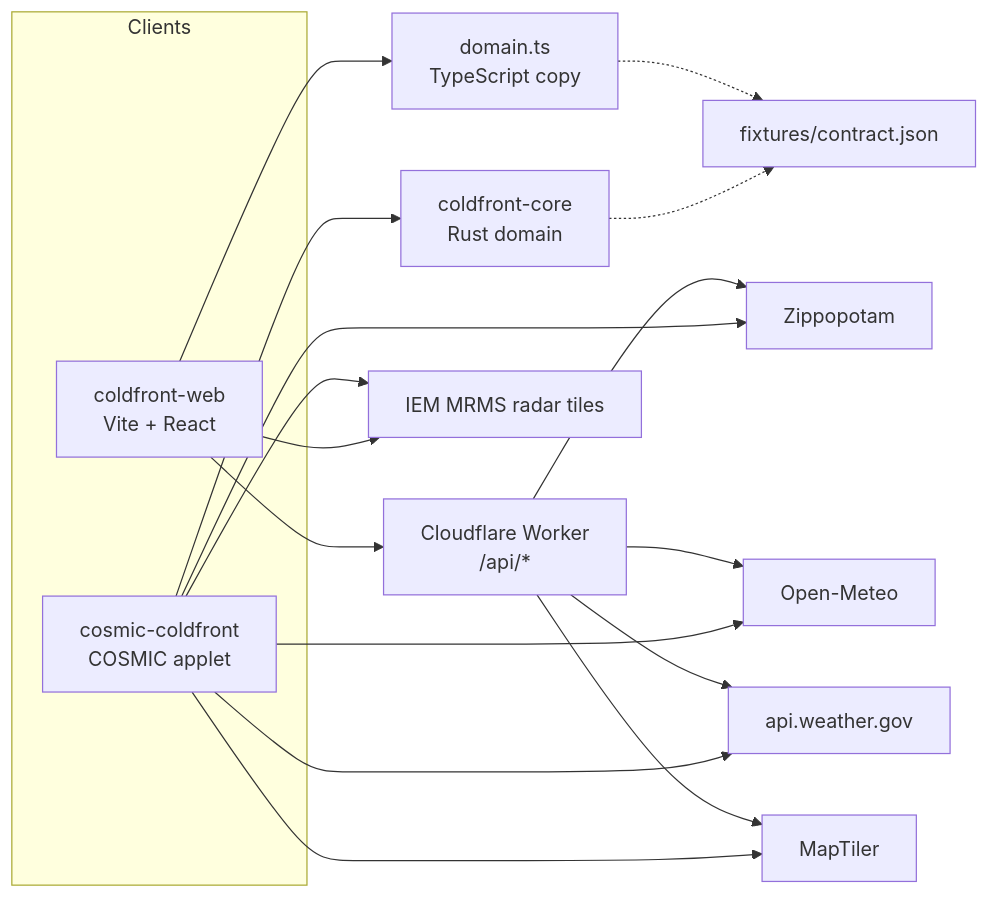
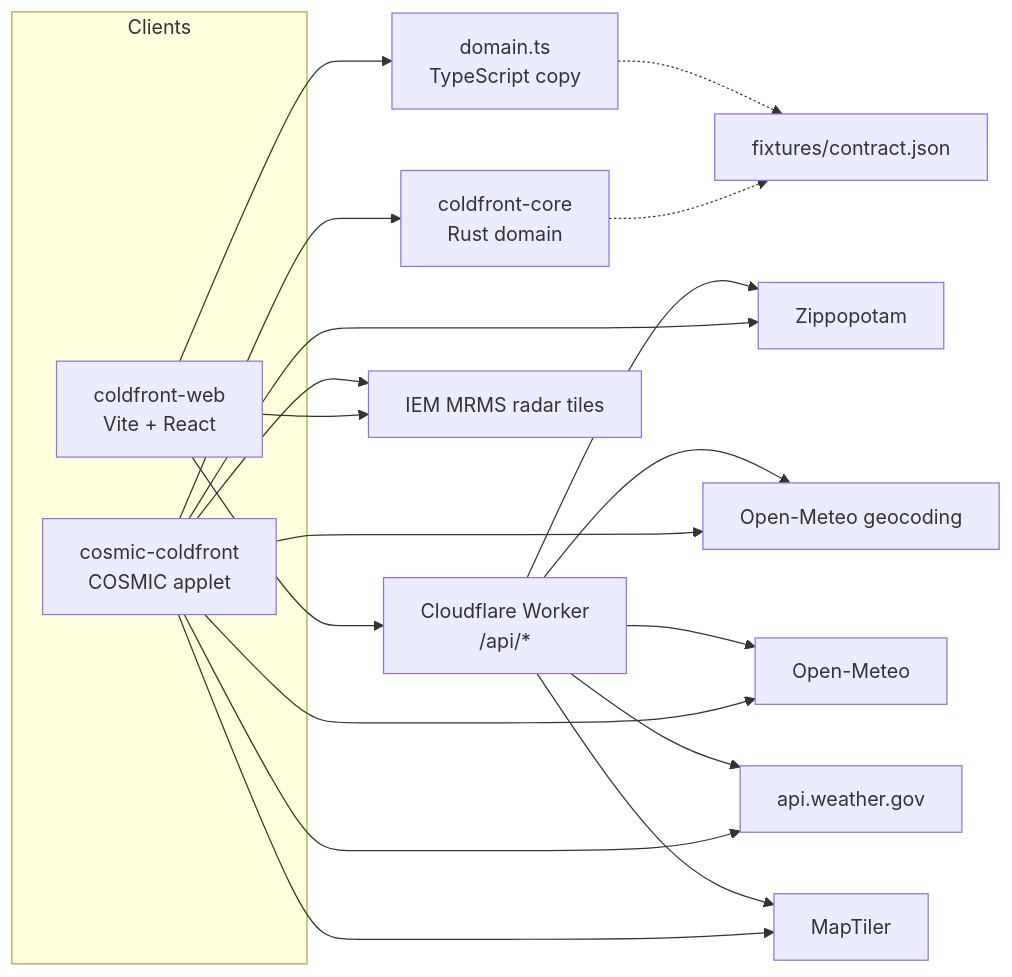
The first of 4 diagrams in docs/architecture.md (drmaas/coldfront), drawn with Mermaid before and after one commit. The commit also changed other lines of this file and 28 other files, not shown here.

````diff
--- a/docs/architecture.md
+++ b/docs/architecture.md
@@ -7,38 +7,41 @@
 ```mermaid
 flowchart LR
   subgraph clients [Clients]
     Web["coldfront-web<br/>Vite + React"]
     Applet["cosmic-coldfront<br/>COSMIC applet"]
   end
 
   Core["coldfront-core<br/>Rust domain"]
   DomainTS["domain.ts<br/>TypeScript copy"]
   Contract["fixtures/contract.json"]
 
   Worker["Cloudflare Worker<br/>/api/*"]
 
   Zip["Zippopotam"]
+  Geo["Open-Meteo geocoding"]
   OM["Open-Meteo"]
   NWS["api.weather.gov"]
   MT["MapTiler"]
   IEM["IEM MRMS radar tiles"]
 
   Web --> DomainTS
   Applet --> Core
   DomainTS -.-> Contract
   Core -.-> Contract
 
   Web --> Worker
   Worker --> Zip
+  Worker --> Geo
   Worker --> OM
   Worker --> NWS
   Worker --> MT
 
   Applet --> Zip
+  Applet --> Geo
   Applet --> OM
   Applet --> NWS
   Applet --> MT
   Applet --> IEM
 
   Web --> IEM
 ```
````
